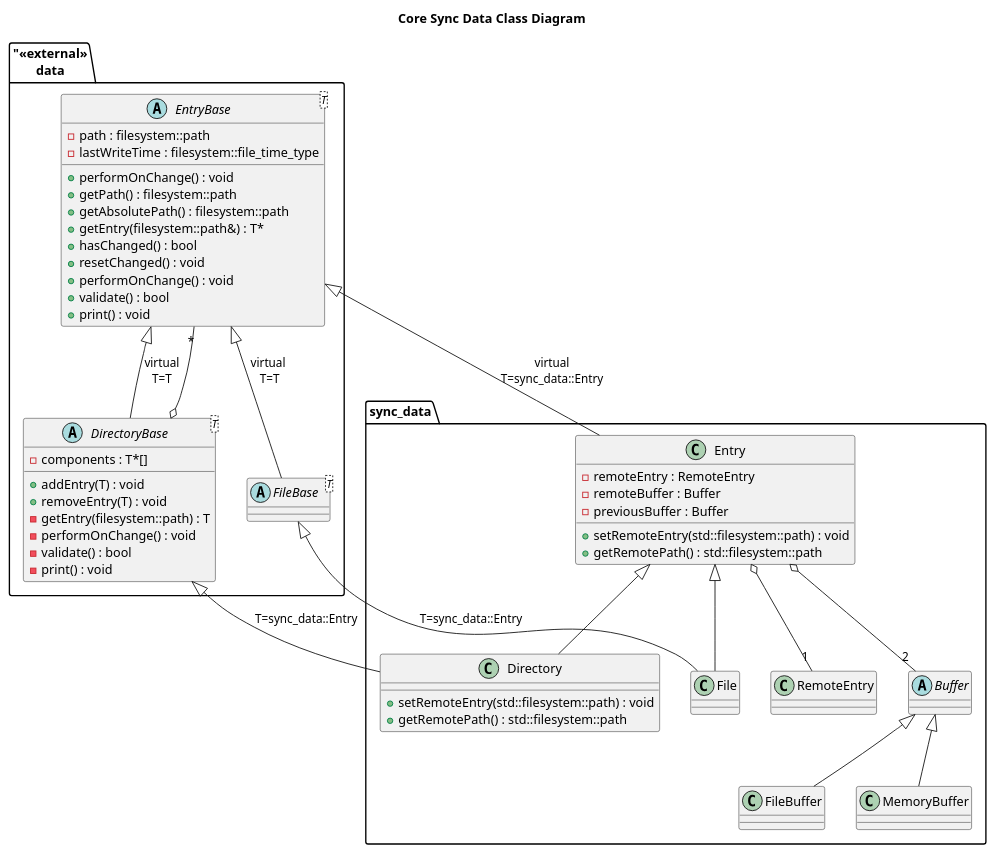
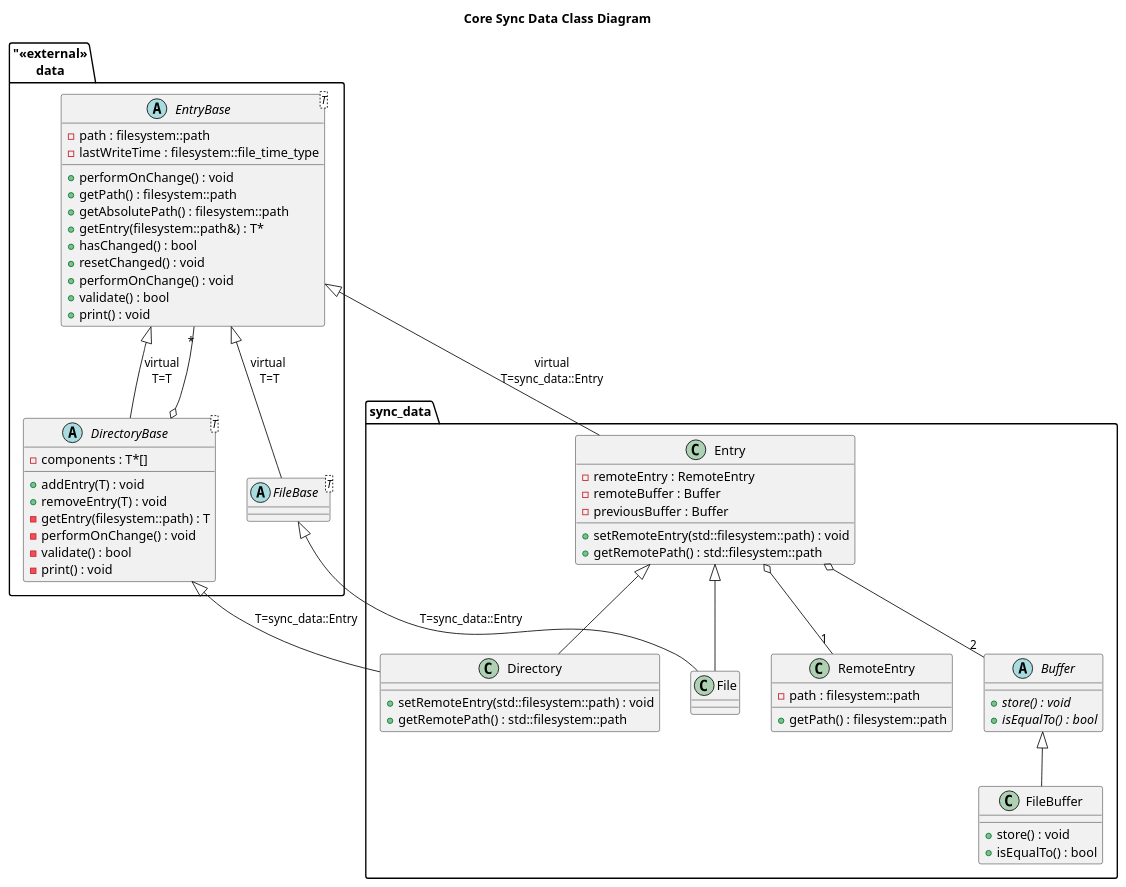
Before and after one commit to kfpgk/libfilesync: the diagram in libfilesync/core/sync_data/doc/class.puml, drawn with PlantUML. The commit also changed 18 other files, not shown here.

```diff
--- a/libfilesync/core/sync_data/doc/class.puml
+++ b/libfilesync/core/sync_data/doc/class.puml
@@ -1,72 +1,74 @@
 @startuml sync-data-class-diagram
 
 title Core Sync Data Class Diagram
 
 package "<<external>>\ndata {
     abstract class "EntryBase<T>" as EntryBase {
         - path : filesystem::path
         - lastWriteTime : filesystem::file_time_type 
         + performOnChange() : void
         + getPath() : filesystem::path
         + getAbsolutePath() : filesystem::path
         + getEntry(filesystem::path&) : T* 
         + hasChanged() : bool
         + resetChanged() : void
         + performOnChange() : void
         + validate() : bool
         + print() : void
     }
     abstract class "DirectoryBase<T>" as DirectoryBase {
         - components : T*[]
         + addEntry(T) : void
         + removeEntry(T) : void
         - getEntry(filesystem::path) : T
         - performOnChange() : void
         - validate() : bool
         - print() : void
     }
     abstract class "FileBase<T>" as FileBase {
 
     }
 }
 
 package "sync_data" {
     class "Entry" as Entry {
         - remoteEntry : RemoteEntry
         - remoteBuffer : Buffer
         - previousBuffer : Buffer
         + setRemoteEntry(std::filesystem::path) : void
         + getRemotePath() : std::filesystem::path
     }
     class "Directory" as Directory {
         + setRemoteEntry(std::filesystem::path) : void
         + getRemotePath() : std::filesystem::path 
     }
     class "File" as File {
     }
     class "RemoteEntry" as RemoteEntry {
+        - path : filesystem::path
+        + getPath() : filesystem::path
     }
     abstract class "Buffer" as Buffer {
+        + {abstract} store() : void
+        + {abstract} isEqualTo() : bool 
     }
     class "FileBuffer" as FileBuffer {
-    }
-    class "MemoryBuffer" as MemoryBuffer {
-    }   
+        + store() : void
+        + isEqualTo() : bool 
+    }  
 }
 
 EntryBase <|-- DirectoryBase : virtual\nT=T
 EntryBase "*" --o DirectoryBase
 EntryBase <|-- FileBase : virtual \nT=T
 
 EntryBase <|-- Entry : virtual\nT=sync_data::Entry
 DirectoryBase <|-- Directory : T=sync_data::Entry
 Entry <|-- Directory
 FileBase <|-- File : T=sync_data::Entry
 Entry <|-- File
 Entry o-- "1" RemoteEntry
 Entry o-- "2" Buffer
 
 Buffer <|-- FileBuffer
-Buffer <|-- MemoryBuffer
- 
 @enduml
```
